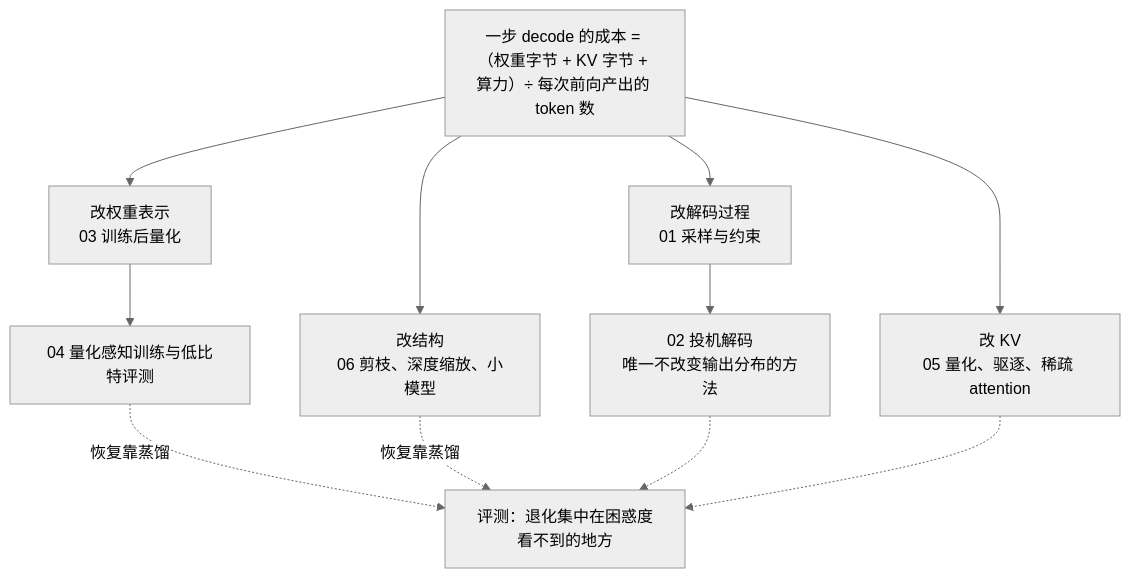
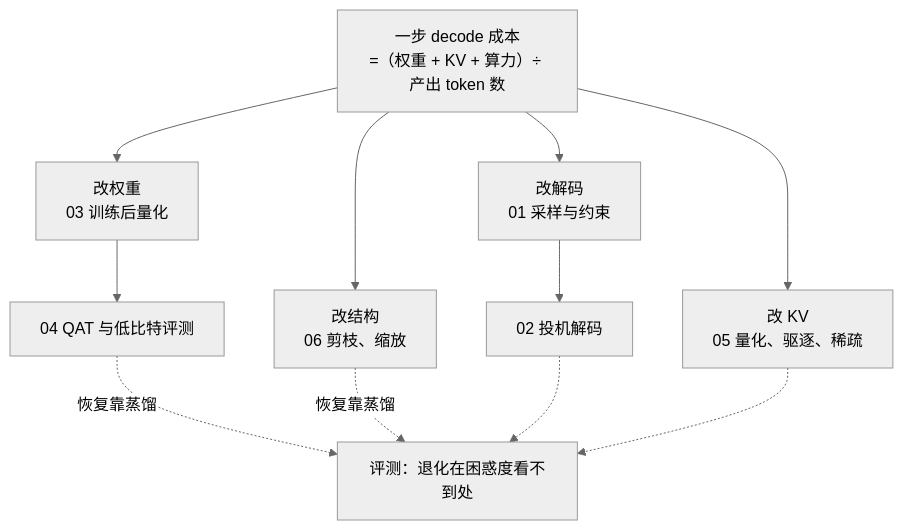
Before and after one commit to arganzheng/arganzheng.github.com: the diagram in slides/2026-05-01-efficient-inference.md, drawn with Mermaid (neutral theme). The commit also changed other lines of this file, not shown here.

Commit message:
slides(2026-05-01-efficient-inference): 图内文字 ≥14px——标签缩短/拆分/Unicode 数学

````diff
--- a/slides/2026-05-01-efficient-inference.md
+++ b/slides/2026-05-01-efficient-inference.md
@@ -37,11 +37,11 @@
 ```mermaid
 %%{init: {"flowchart": {"wrappingWidth": 180}}}%%
 flowchart TB
-    C["一步 decode 的成本 = （权重字节 + KV 字节 + 算力）÷ 每次前向产出的 token 数"]
-    C --> D1["改解码过程<br/>01 采样与约束"] --> D2["02 投机解码<br/>唯一不改变输出分布的方法"]
-    C --> W3["改权重表示<br/>03 训练后量化"] --> W4["04 量化感知训练与低比特评测"]
-    C --> K5["改 KV<br/>05 量化、驱逐、稀疏 attention"]
-    C --> P6["改结构<br/>06 剪枝、深度缩放、小模型"]
-    W4 & P6 -. "恢复靠蒸馏" .-> X["评测：退化集中在困惑度看不到的地方"]
+    C["一步 decode 成本<br/>=（权重 + KV + 算力）÷ 产出 token 数"]
+    C --> D1["改解码<br/>01 采样与约束"] --> D2["02 投机解码"]
+    C --> W3["改权重<br/>03 训练后量化"] --> W4["04 QAT 与低比特评测"]
+    C --> K5["改 KV<br/>05 量化、驱逐、稀疏"]
+    C --> P6["改结构<br/>06 剪枝、缩放"]
+    W4 & P6 -. "恢复靠蒸馏" .-> X["评测：退化在困惑度看不到处"]
     D2 & K5 -.-> X
 ```
````
